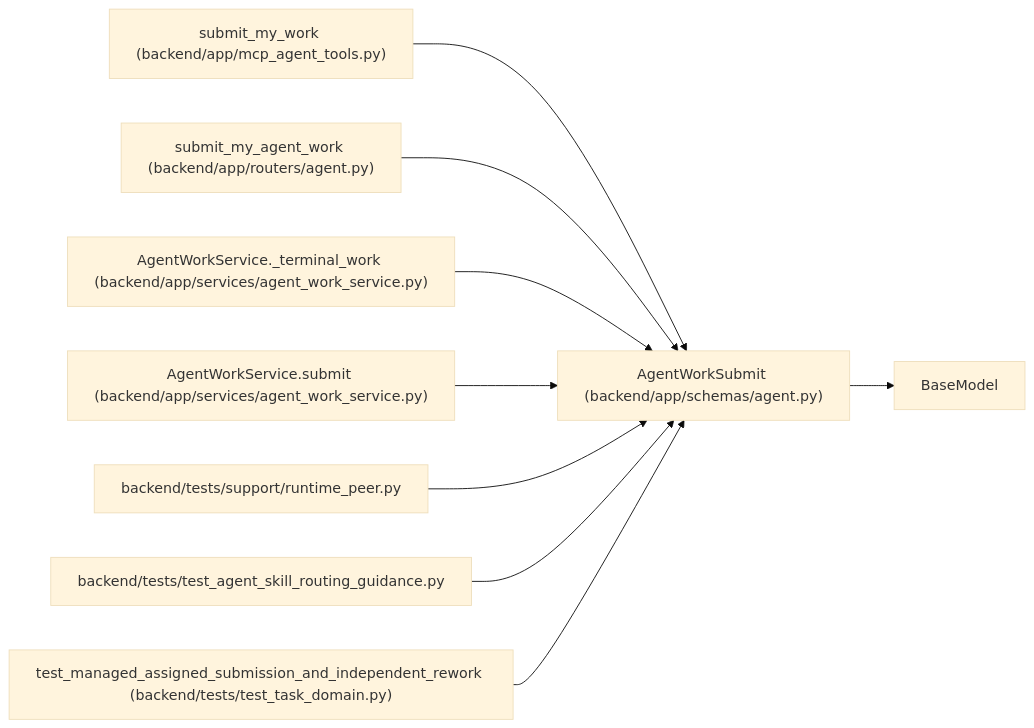
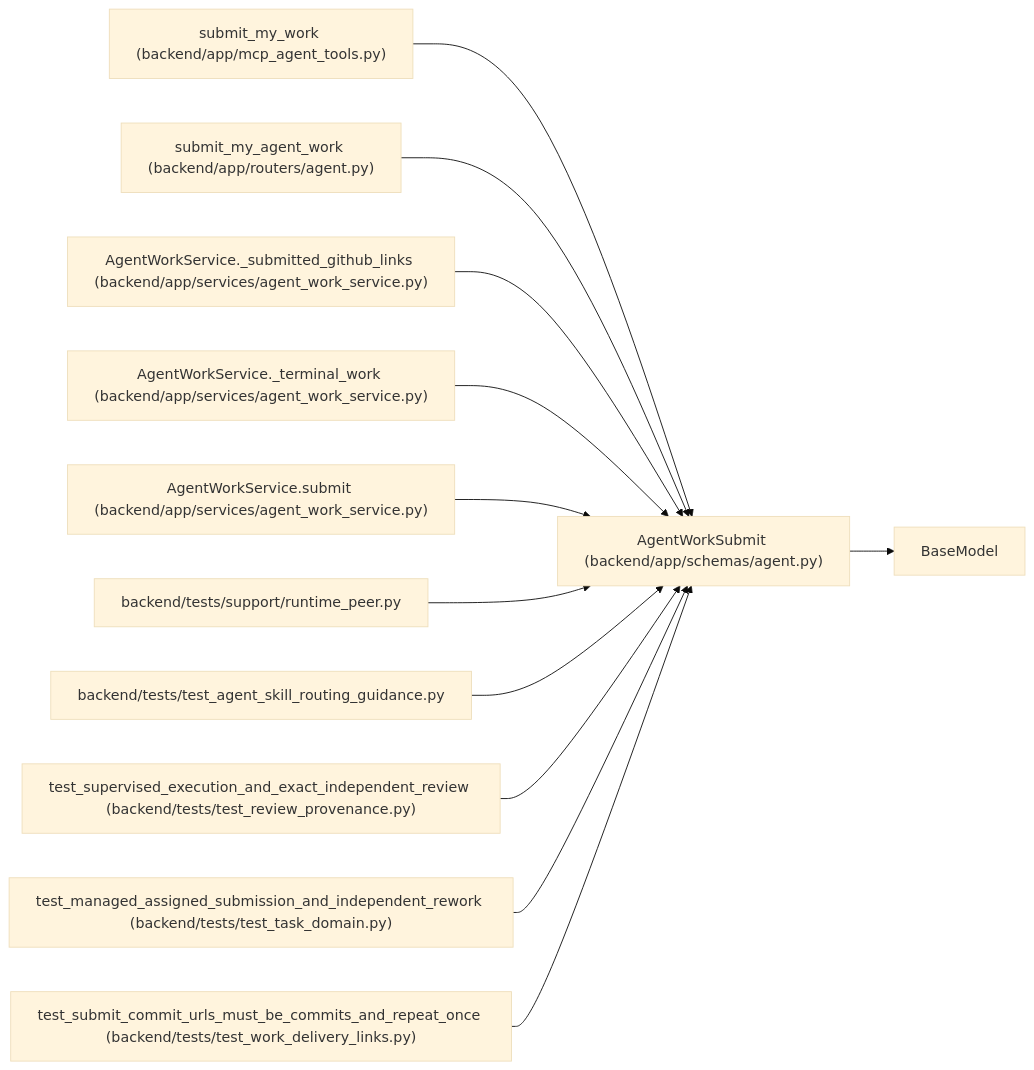
Before and after one commit to Denissvgn/WorkChord: the diagram in docs/llm_wiki/entities/AgentWorkSubmit.md, drawn with Mermaid (base theme). The commit also changed other lines of this file and 2373 other files, not shown here.

Commit message:
Refresh workspace and agent review documentation

````diff
--- a/docs/llm_wiki/entities/AgentWorkSubmit.md
+++ b/docs/llm_wiki/entities/AgentWorkSubmit.md
@@ -53,28 +63,37 @@
 ```mermaid
 flowchart LR
     n0["AgentWorkSubmit (backend/app/schemas/agent.py)"]
     n1["BaseModel"]
     n2["submit_my_work (backend/app/mcp_agent_tools.py)"]
     n3["submit_my_agent_work (backend/app/routers/agent.py)"]
-    n4["AgentWorkService._terminal_work (backend/app/services/agent_work_service.py)"]
-    n5["AgentWorkService.submit (backend/app/services/agent_work_service.py)"]
-    n6["backend/tests/support/runtime_peer.py"]
-    n7["backend/tests/test_agent_skill_routing_guidance.py"]
-    n8["test_managed_assigned_submission_and_independent_rework (backend/tests/test_task_domain.py)"]
+    n4["AgentWorkService._submitted_github_links (backend/app/services/agent_work_service.py)"]
+    n5["AgentWorkService._terminal_work (backend/app/services/agent_work_service.py)"]
+    n6["AgentWorkService.submit (backend/app/services/agent_work_service.py)"]
+    n7["backend/tests/support/runtime_peer.py"]
+    n8["backend/tests/test_agent_skill_routing_guidance.py"]
+    n9["test_supervised_execution_and_exact_independent_review (backend/tests/test_review_provenance.py)"]
+    n10["test_managed_assigned_submission_and_independent_rework (backend/tests/test_task_domain.py)"]
+    n11["test_submit_commit_urls_must_be_commits_and_repeat_once (backend/tests/test_work_delivery_links.py)"]
     n0 --> n1
     n2 --> n0
     n3 --> n0
     n4 --> n0
     n5 --> n0
     n6 --> n0
     n7 --> n0
     n8 --> n0
+    n9 --> n0
+    n10 --> n0
+    n11 --> n0
     click n0 "../modules/schemas_agent.md"
     click n2 "../modules/mcp_agent_tools.md"
     click n3 "../modules/routers_agent.md"
     click n4 "../modules/agent_work_service.md"
     click n5 "../modules/agent_work_service.md"
-    click n6 "../modules/runtime_peer.md"
-    click n7 "../modules/test_agent_skill_routing_guidance.md"
-    click n8 "../modules/test_task_domain.md"
+    click n6 "../modules/agent_work_service.md"
+    click n7 "../modules/runtime_peer.md"
+    click n8 "../modules/test_agent_skill_routing_guidance.md"
+    click n9 "../modules/test_review_provenance.md"
+    click n10 "../modules/test_task_domain.md"
+    click n11 "../modules/test_work_delivery_links.md"
 ```
````
